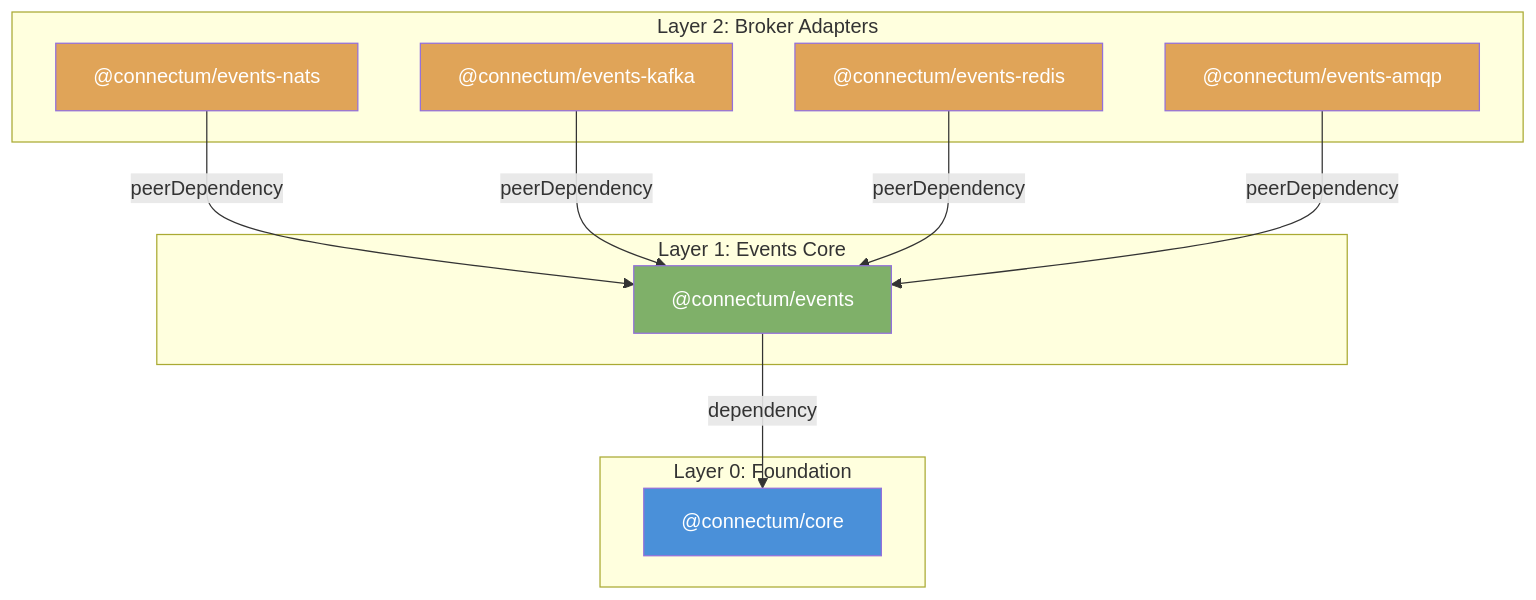
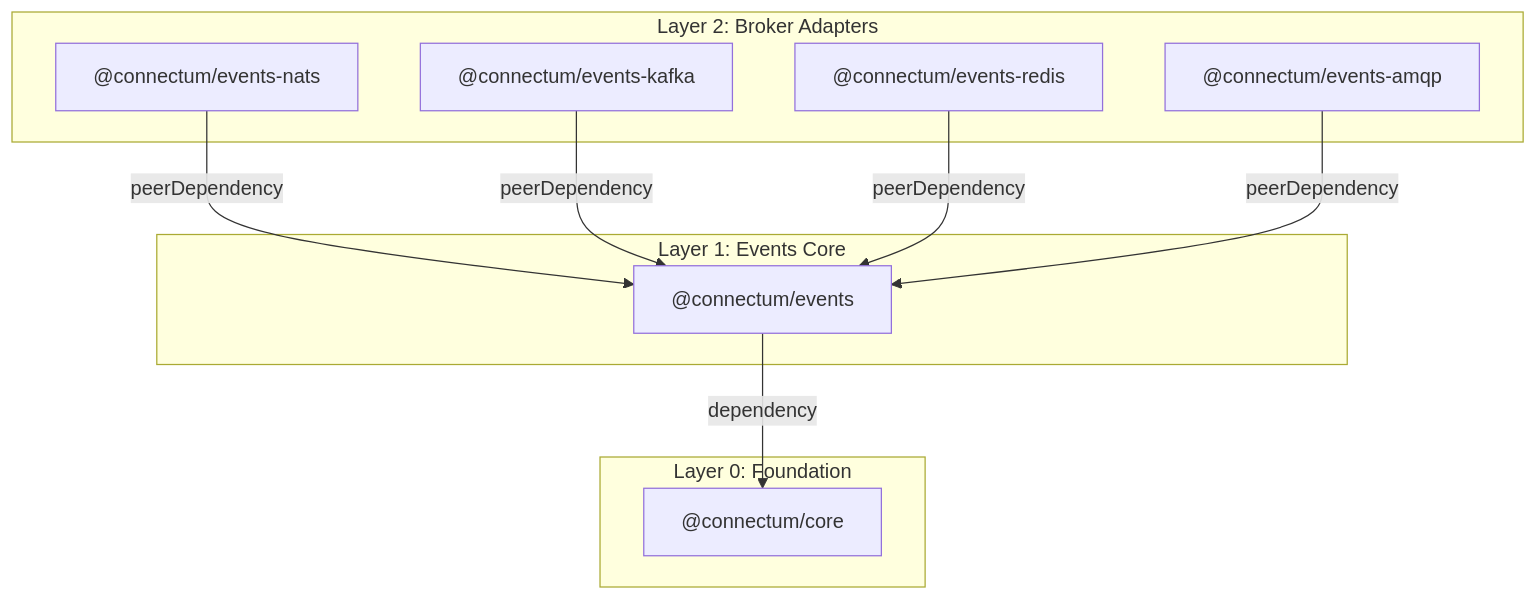
Before and after one commit to Connectum-Framework/docs: the second of 2 diagrams in en/contributing/adr/026-eventbus-architecture.md, drawn with Mermaid. The commit also changed 10 other files, not shown here.

First line of the commit message:
feat: unify Mermaid diagram theme (#80)

````diff
--- a/en/contributing/adr/026-eventbus-architecture.md
+++ b/en/contributing/adr/026-eventbus-architecture.md
@@ -226,30 +226,25 @@
 ```mermaid
 graph TB
     subgraph "Layer 0: Foundation"
         Core["@connectum/core"]
     end
 
     subgraph "Layer 1: Events Core"
         Events["@connectum/events"]
     end
 
     subgraph "Layer 2: Broker Adapters"
         Nats["@connectum/events-nats"]
         Kafka["@connectum/events-kafka"]
         Redis["@connectum/events-redis"]
         Amqp["@connectum/events-amqp"]
     end
 
     Events -- "dependency" --> Core
     Nats -- "peerDependency" --> Events
     Kafka -- "peerDependency" --> Events
     Redis -- "peerDependency" --> Events
     Amqp -- "peerDependency" --> Events
 
-    style Core fill:#4a90d9,color:#fff
-    style Events fill:#7fb069,color:#fff
-    style Nats fill:#e0a458,color:#fff
-    style Kafka fill:#e0a458,color:#fff
-    style Redis fill:#e0a458,color:#fff
-    style Amqp fill:#e0a458,color:#fff
+    class Core accent
 ```
````
